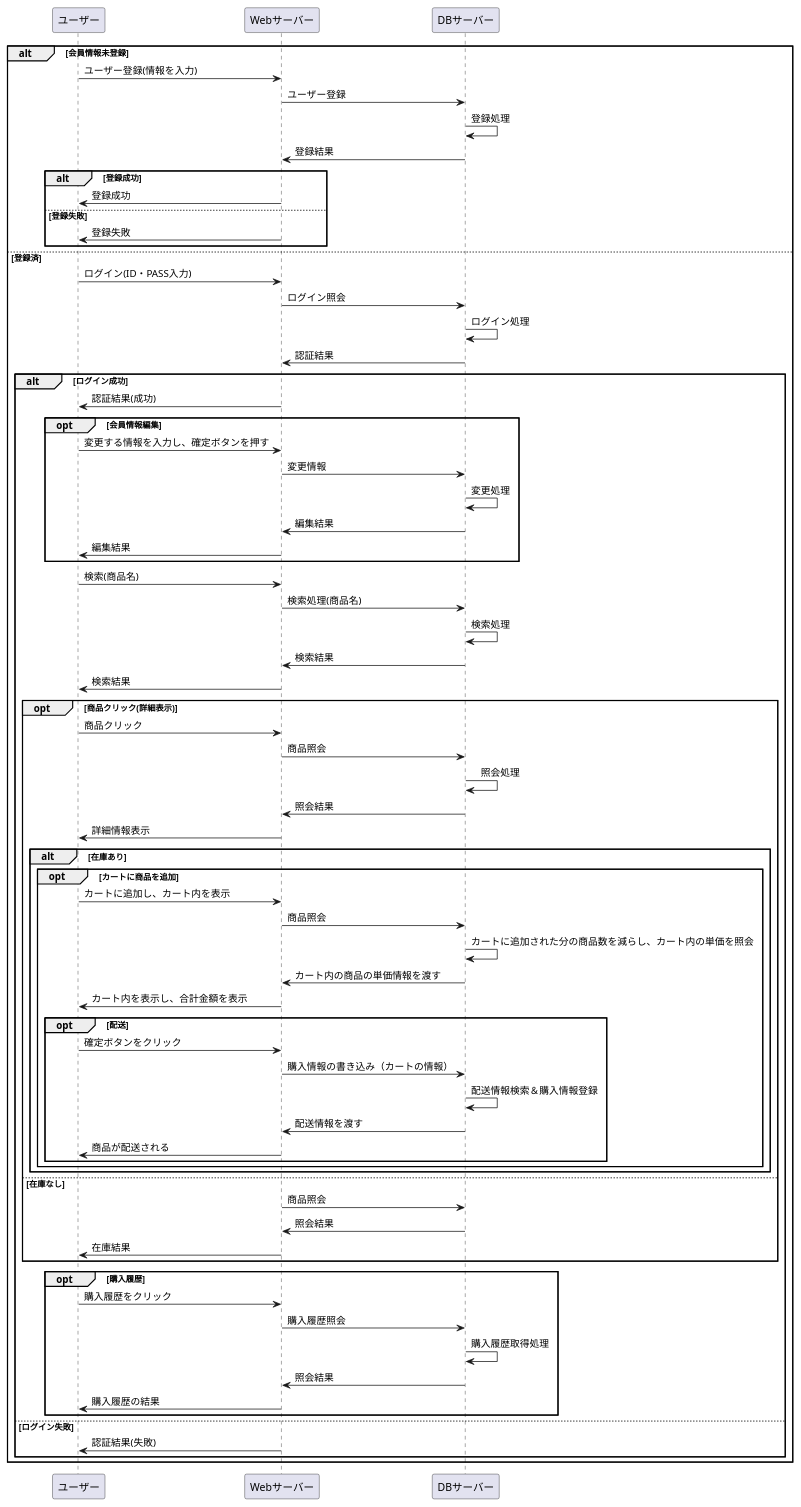
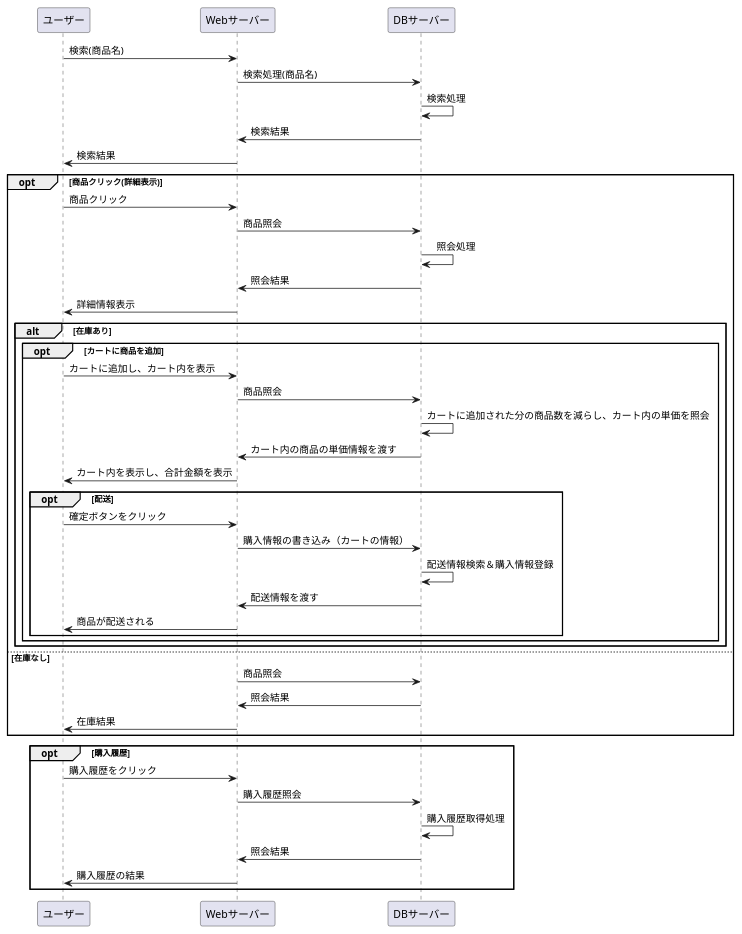
One commit to Aso2001227/Aso-Sports-1 changed the diagram in 設計書/02_業務フロー/business-flow.md. Above: the diagram before and after it, drawn with PlantUML.

`````diff
--- a/設計書/02_業務フロー/business-flow.md
+++ b/設計書/02_業務フロー/business-flow.md
@@ -1,82 +1,54 @@
 ```uml
 @startuml
-alt 会員情報未登録
-  ユーザー -> Webサーバー : ユーザー登録(情報を入力)
-  Webサーバー -> DBサーバー : ユーザー登録
-  DBサーバー -> DBサーバー : 登録処理
-  DBサーバー -> Webサーバー : 登録結果
-  alt 登録成功
-    Webサーバー -> ユーザー : 登録成功
-    else 登録失敗
-    Webサーバー -> ユーザー : 登録失敗
-  end
-else 登録済
-  ユーザー -> Webサーバー : ログイン(ID・PASS入力)
-  Webサーバー -> DBサーバー : ログイン照会
-  DBサーバー -> DBサーバー : ログイン処理
-  DBサーバー -> Webサーバー : 認証結果
-  alt ログイン成功
-    Webサーバー -> ユーザー : 認証結果(成功)
-    opt 会員情報編集
-      ユーザー -> Webサーバー : 変更する情報を入力し、確定ボタンを押す
-      Webサーバー -> DBサーバー :変更情報
-      DBサーバー -> DBサーバー : 変更処理
-      DBサーバー -> Webサーバー : 編集結果
-      Webサーバー -> ユーザー : 編集結果
-    end
     ユーザー -> Webサーバー : 検索(商品名)
     Webサーバー -> DBサーバー : 検索処理(商品名)
     DBサーバー -> DBサーバー : 検索処理
     DBサーバー -> Webサーバー : 検索結果
     Webサーバー -> ユーザー : 検索結果
     opt 商品クリック(詳細表示)
       ユーザー -> Webサーバー : 商品クリック
       Webサーバー -> DBサーバー : 商品照会
       DBサーバー -> DBサーバー : 　照会処理
       DBサーバー -> Webサーバー : 照会結果
       Webサーバー -> ユーザー : 詳細情報表示
       alt 在庫あり
         opt カートに商品を追加
           ユーザー -> Webサーバー : カートに追加し、カート内を表示
           Webサーバー -> DBサーバー : 商品照会
           DBサーバー -> DBサーバー : カートに追加された分の商品数を減らし、カート内の単価を照会
           DBサーバー -> Webサーバー :カート内の商品の単価情報を渡す
           Webサーバー -> ユーザー:カート内を表示し、合計金額を表示
           opt 配送
             ユーザー -> Webサーバー : 確定ボタンをクリック
             Webサーバー -> DBサーバー :購入情報の書き込み（カートの情報）
             DBサーバー -> DBサーバー : 配送情報検索＆購入情報登録
             DBサーバー -> Webサーバー :配送情報を渡す
             Webサーバー -> ユーザー:商品が配送される
         end
       end
 
 
 
 
 
 
 end
 else 在庫なし
 Webサーバー -> DBサーバー : 商品照会
 DBサーバー -> Webサーバー : 照会結果
 Webサーバー -> ユーザー : 在庫結果
 end
 opt 購入履歴
 ユーザー ->Webサーバー :購入履歴をクリック
 Webサーバー -> DBサーバー :購入履歴照会
 DBサーバー -> DBサーバー : 購入履歴取得処理
 DBサーバー -> Webサーバー :照会結果
 Webサーバー -> ユーザー :購入履歴の結果
 end
-else ログイン失敗
-Webサーバー -> ユーザー : 認証結果(失敗)
-end
-end
 
 
 
 
 
 @enduml
 ````
`````
